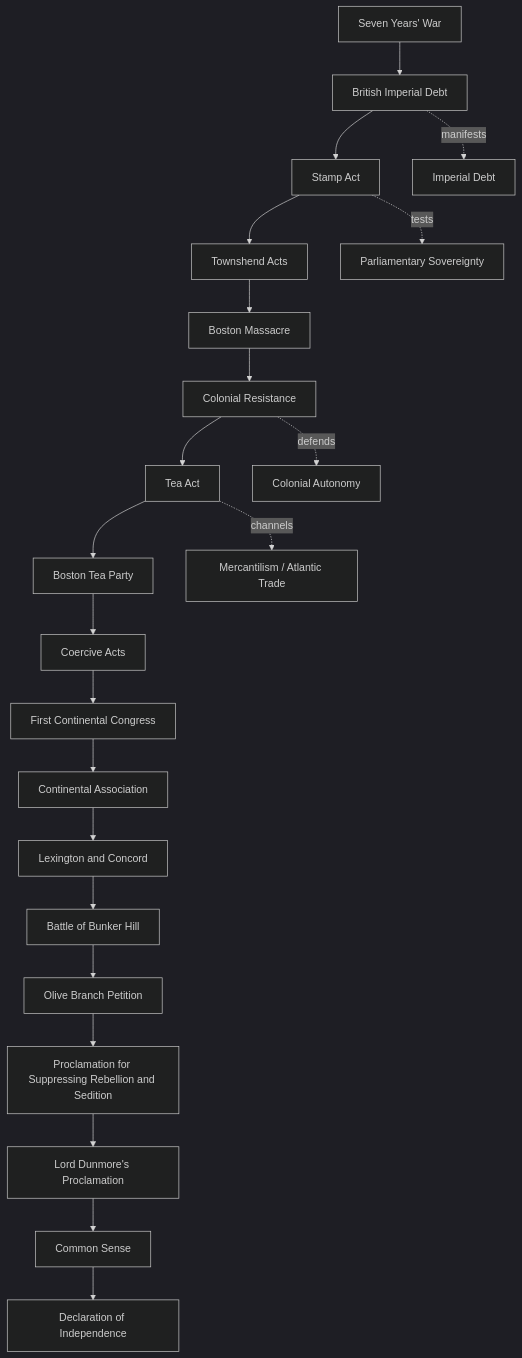
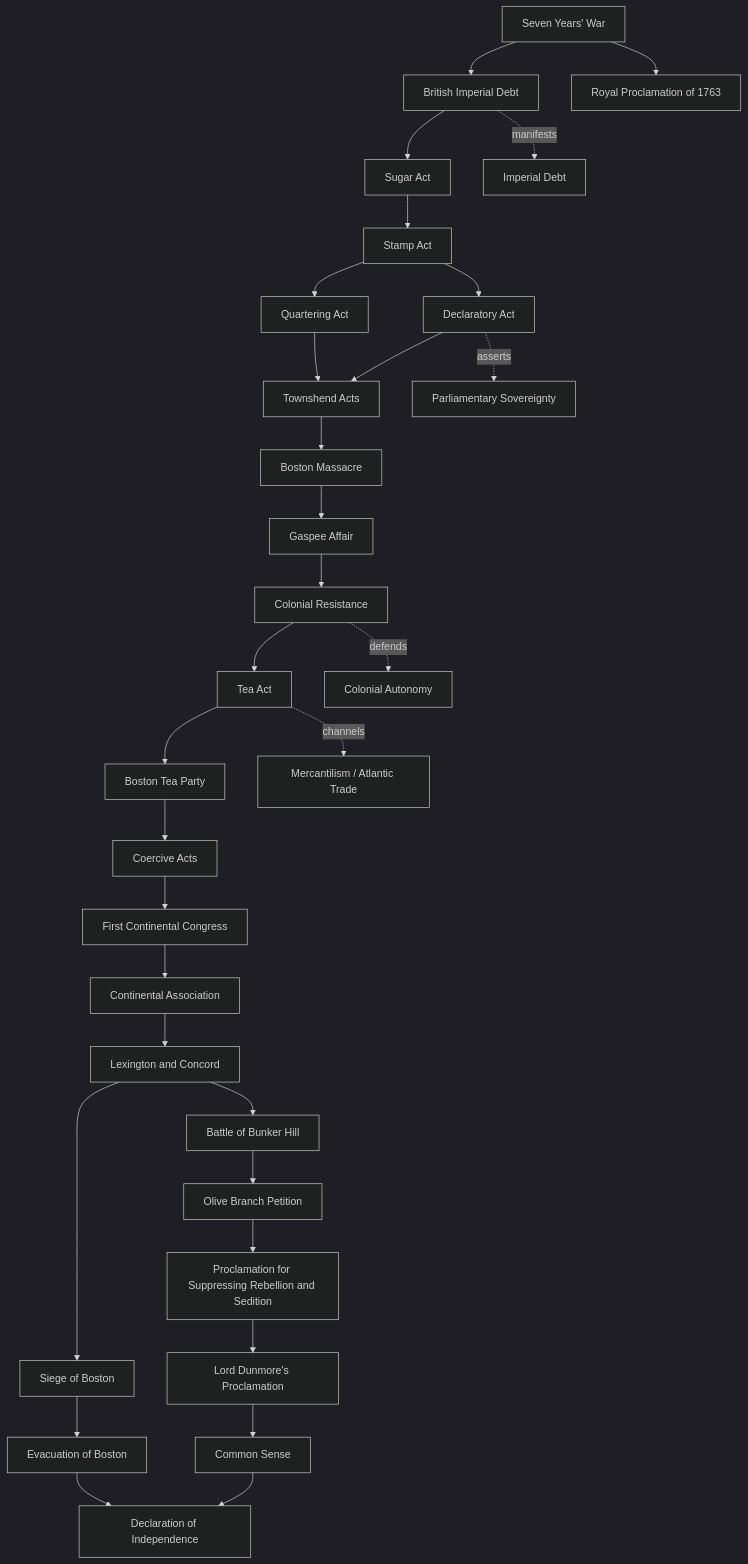
Before and after one commit to mattblethen/Causal-Atlas: the diagram in 13_Modules/American_Revolution/Causal Chain Map.md, drawn with Mermaid (dark theme). The commit also changed other lines of this file and 33 other files, not shown here.

Commit message:
Add Revolution policy roots and Boston siege

````diff
--- a/13_Modules/American_Revolution/Causal Chain Map.md
+++ b/13_Modules/American_Revolution/Causal Chain Map.md
@@ -9,25 +9,34 @@
 ```mermaid
 flowchart TD
     A["Seven Years' War"] --> B["British Imperial Debt"]
-    B --> C["Stamp Act"]
-    C --> D["Townshend Acts"]
-    D --> E["Boston Massacre"]
-    E --> F["Colonial Resistance"]
-    F --> G["Tea Act"]
-    G --> H["Boston Tea Party"]
-    H --> I["Coercive Acts"]
-    I --> J["First Continental Congress"]
-    J --> O["Continental Association"]
-    O --> P["Lexington and Concord"]
-    P --> T["Battle of Bunker Hill"]
-    T --> Q["Olive Branch Petition"]
-    Q --> U["Proclamation for Suppressing Rebellion and Sedition"]
-    U --> V["Lord Dunmore's Proclamation"]
-    V --> R["Common Sense"]
-    R --> S["Declaration of Independence"]
+    A --> C["Royal Proclamation of 1763"]
+    B --> D["Sugar Act"]
+    D --> E["Stamp Act"]
+    E --> F["Declaratory Act"]
+    E --> G["Quartering Act"]
+    F --> H["Townshend Acts"]
+    G --> H
+    H --> I["Boston Massacre"]
+    I --> J["Gaspee Affair"]
+    J --> K["Colonial Resistance"]
+    K --> L["Tea Act"]
+    L --> M["Boston Tea Party"]
+    M --> N["Coercive Acts"]
+    N --> O["First Continental Congress"]
+    O --> P["Continental Association"]
+    P --> Q["Lexington and Concord"]
+    Q --> R["Battle of Bunker Hill"]
+    R --> S["Olive Branch Petition"]
+    S --> T["Proclamation for Suppressing Rebellion and Sedition"]
+    T --> U["Lord Dunmore's Proclamation"]
+    U --> V["Common Sense"]
+    Q --> W["Siege of Boston"]
+    W --> X["Evacuation of Boston"]
+    V --> Y["Declaration of Independence"]
+    X --> Y
 
-    B -. manifests .-> K["Imperial Debt"]
-    C -. tests .-> L["Parliamentary Sovereignty"]
-    F -. defends .-> M["Colonial Autonomy"]
-    G -. channels .-> N["Mercantilism / Atlantic Trade"]
+    B -. manifests .-> Z["Imperial Debt"]
+    F -. asserts .-> AA["Parliamentary Sovereignty"]
+    K -. defends .-> AB["Colonial Autonomy"]
+    L -. channels .-> AC["Mercantilism / Atlantic Trade"]
 ```
````
